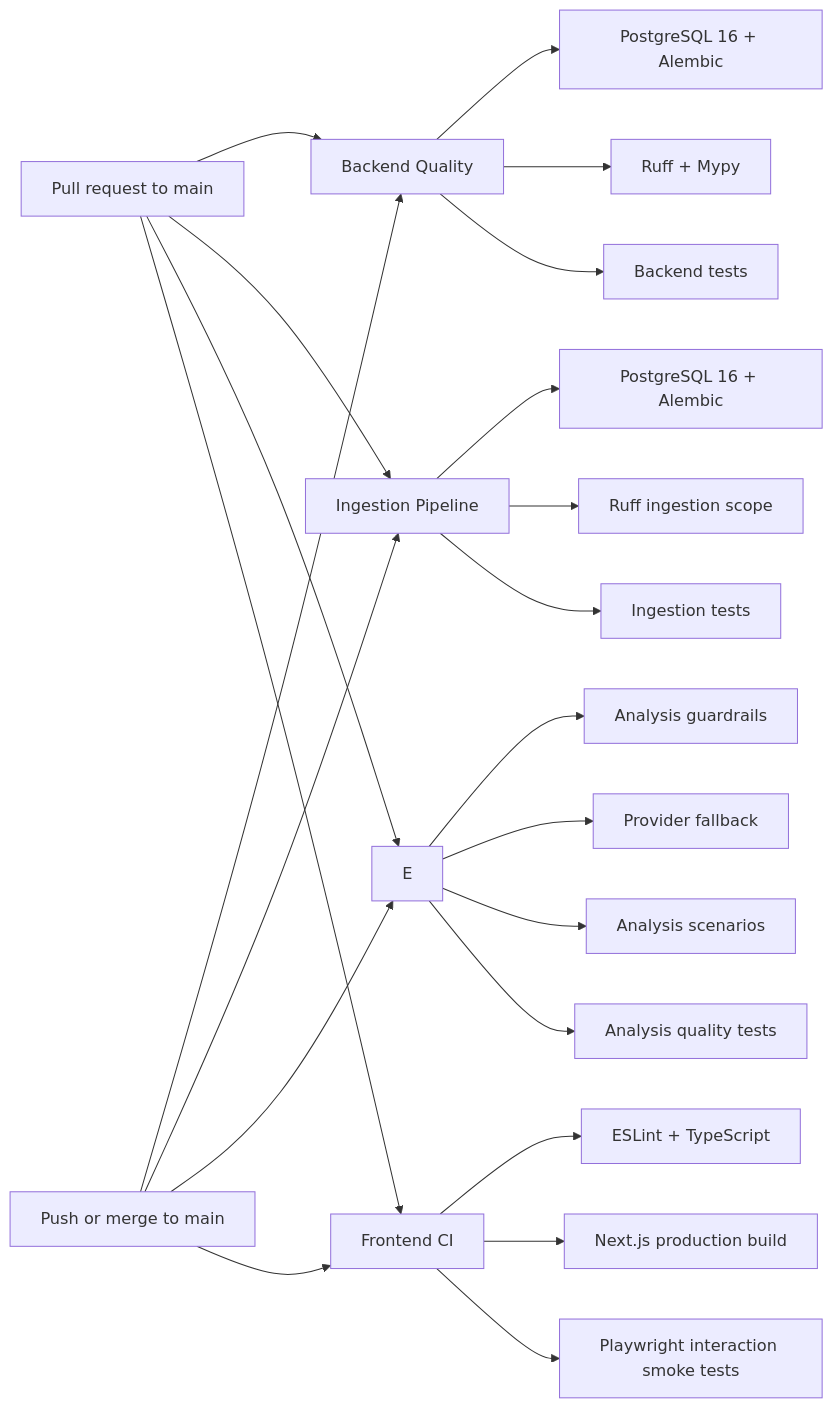
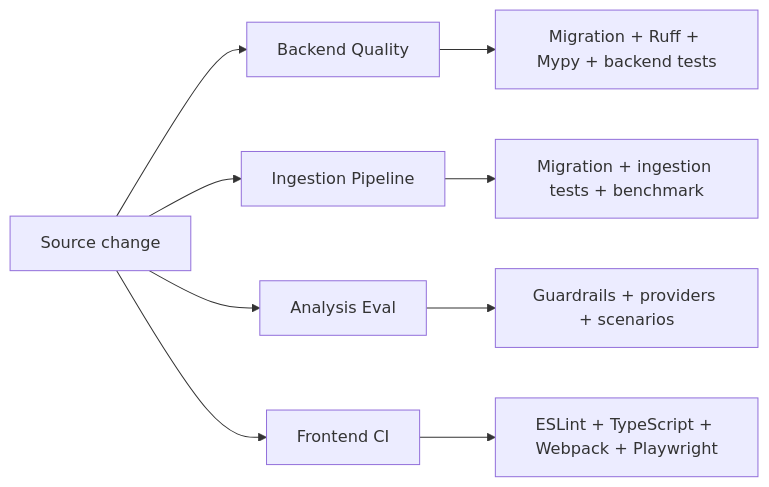
The diagram in docs/CI-MAP.md (kuokdavinci/ReconciliationIngestionPlatform), drawn with Mermaid before and after one commit. The commit also changed other lines of this file and 12 other files, not shown here.

````diff
--- a/docs/CI-MAP.md
+++ b/docs/CI-MAP.md
@@ -7,28 +9,11 @@
 ```mermaid
 flowchart LR
-    PR[Pull request to main] --> B[Backend Quality]
-    PR --> I[Ingestion Pipeline]
-    PUSH[Push or merge to main] --> B
-    PUSH --> I
-    PUSH --> E
-    PUSH --> F
-    PR --> E
-
-    B --> B1[PostgreSQL 16 + Alembic]
-    B --> B2[Ruff + Mypy]
-    B --> B3[Backend tests]
-
-    I --> I1[PostgreSQL 16 + Alembic]
-    I --> I2[Ruff ingestion scope]
-    I --> I3[Ingestion tests]
-
-    E --> E1[Analysis guardrails]
-    E --> E2[Provider fallback]
-    E --> E3[Analysis scenarios]
-    E --> E4[Analysis quality tests]
-
-    PR --> F[Frontend CI]
-    F --> F1[ESLint + TypeScript]
-    F --> F2[Next.js production build]
-    F --> F3[Playwright interaction smoke tests]
+    Change[Source change] --> Backend[Backend Quality]
+    Change --> Ingestion[Ingestion Pipeline]
+    Change --> Analysis[Analysis Eval]
+    Change --> Frontend[Frontend CI]
+    Backend --> B[Migration + Ruff + Mypy + backend tests]
+    Ingestion --> I[Migration + ingestion tests + benchmark]
+    Analysis --> A[Guardrails + providers + scenarios]
+    Frontend --> F[ESLint + TypeScript + Webpack + Playwright]
 ```
````
